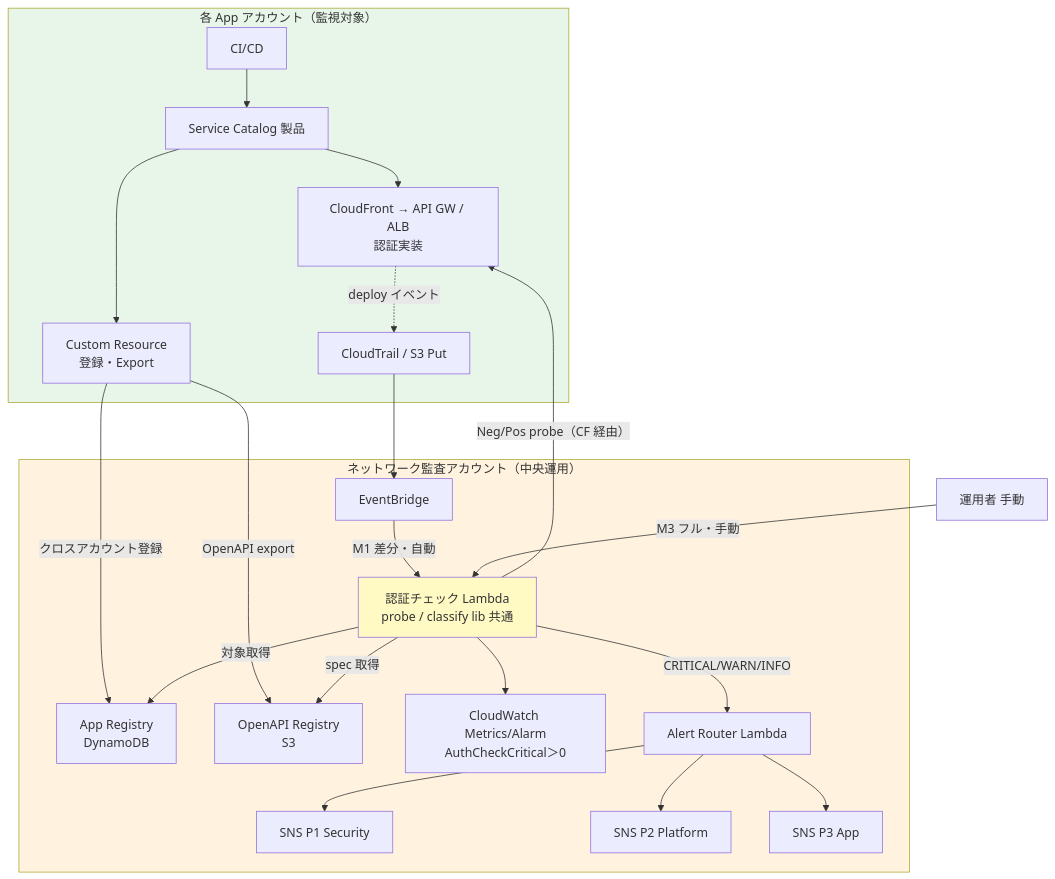
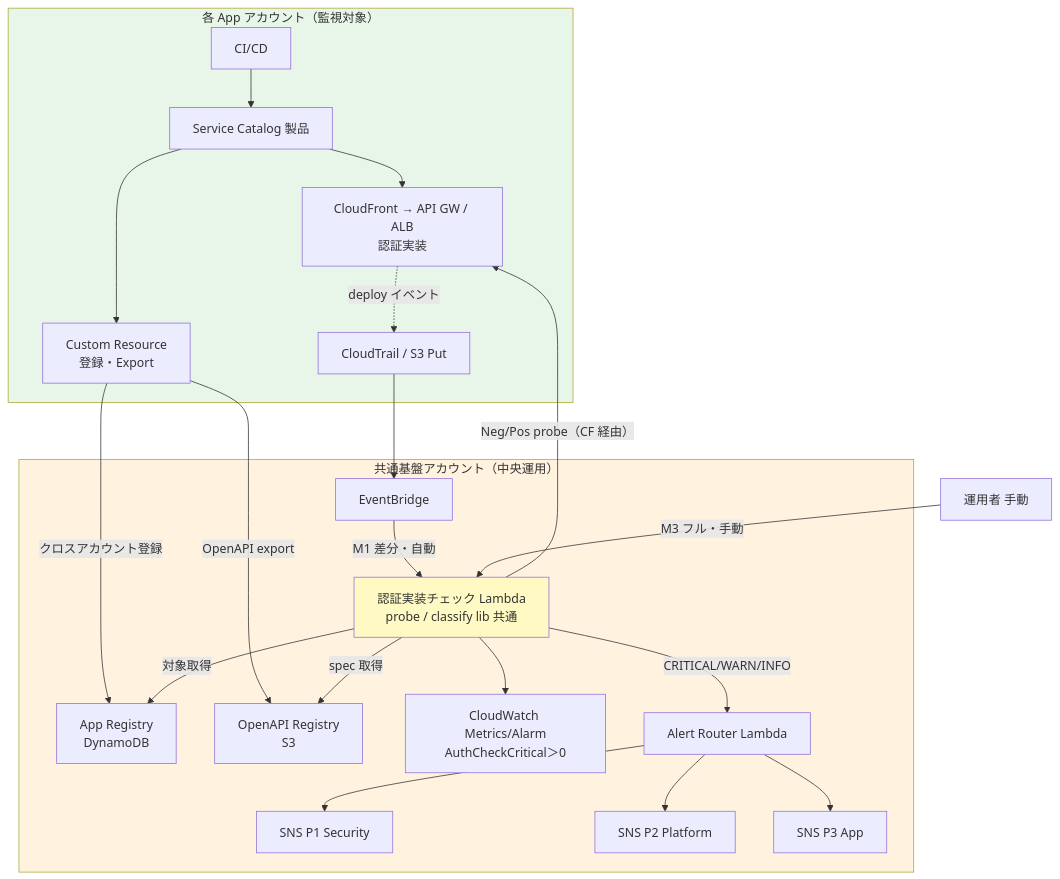
One commit to suepie/aws-atuh-poc changed the second of 4 diagrams in doc/api-platform/basic-design/10-external-monitoring-overview.md. Above: the diagram before and after it, drawn with Mermaid. The commit also changed other lines of this file and 27 other files, not shown here.

````diff
--- a/doc/api-platform/basic-design/10-external-monitoring-overview.md
+++ b/doc/api-platform/basic-design/10-external-monitoring-overview.md
@@ -109,39 +111,39 @@
 ```mermaid
 flowchart TB
     subgraph AppAcct["各 App アカウント（監視対象）"]
         CICD["CI/CD"] --> SCP["Service Catalog 製品"]
         SCP --> EDGE["CloudFront → API GW / ALB<br/>認証実装"]
         SCP --> CRR["Custom Resource<br/>登録・Export"]
         EDGE -. deploy イベント .-> EVT["CloudTrail / S3 Put"]
     end
 
-    subgraph NetAudit["ネットワーク監査アカウント（中央運用）"]
+    subgraph NetAudit["共通基盤アカウント（中央運用）"]
         REG["App Registry<br/>DynamoDB"]
         OAR["OpenAPI Registry<br/>S3"]
         EB["EventBridge"]
-        PROBE["認証チェック Lambda<br/>probe / classify lib 共通"]
+        PROBE["認証実装チェック Lambda<br/>probe / classify lib 共通"]
         CWM["CloudWatch Metrics/Alarm<br/>AuthCheckCritical＞0"]
         ALR["Alert Router Lambda"]
         SNS1["SNS P1 Security"]
         SNS2["SNS P2 Platform"]
         SNS3["SNS P3 App"]
     end
 
     MAN["運用者 手動"]
 
     CRR -->|クロスアカウント登録| REG
     CRR -->|OpenAPI export| OAR
     EVT --> EB
     EB -->|M1 差分・自動| PROBE
     MAN -->|M3 フル・手動| PROBE
     PROBE -->|対象取得| REG
     PROBE -->|spec 取得| OAR
     PROBE -->|Neg/Pos probe（CF 経由）| EDGE
     PROBE --> CWM
     PROBE -->|CRITICAL/WARN/INFO| ALR
     ALR --> SNS1 & SNS2 & SNS3
 
     style NetAudit fill:#fff3e0
     style AppAcct fill:#e8f5e9
     style PROBE fill:#fff9c4
 ```
````
